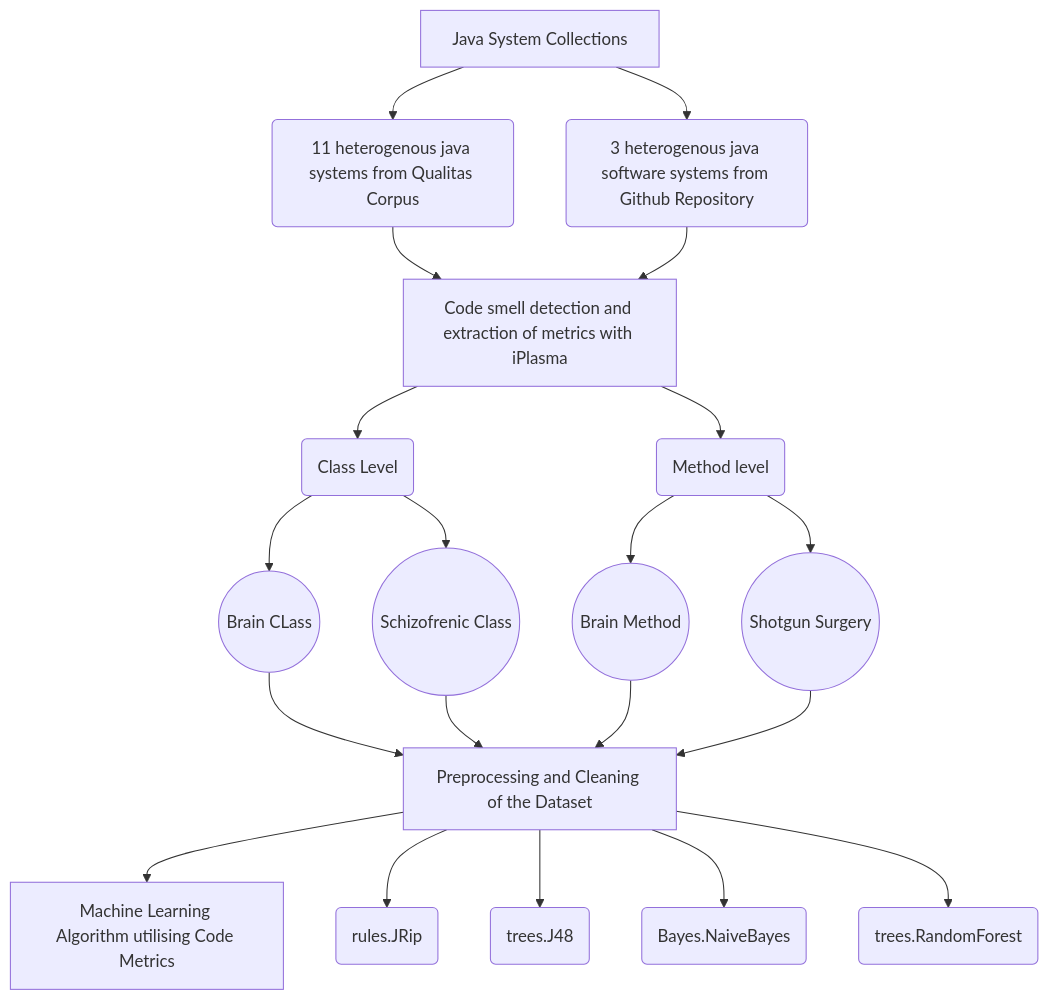
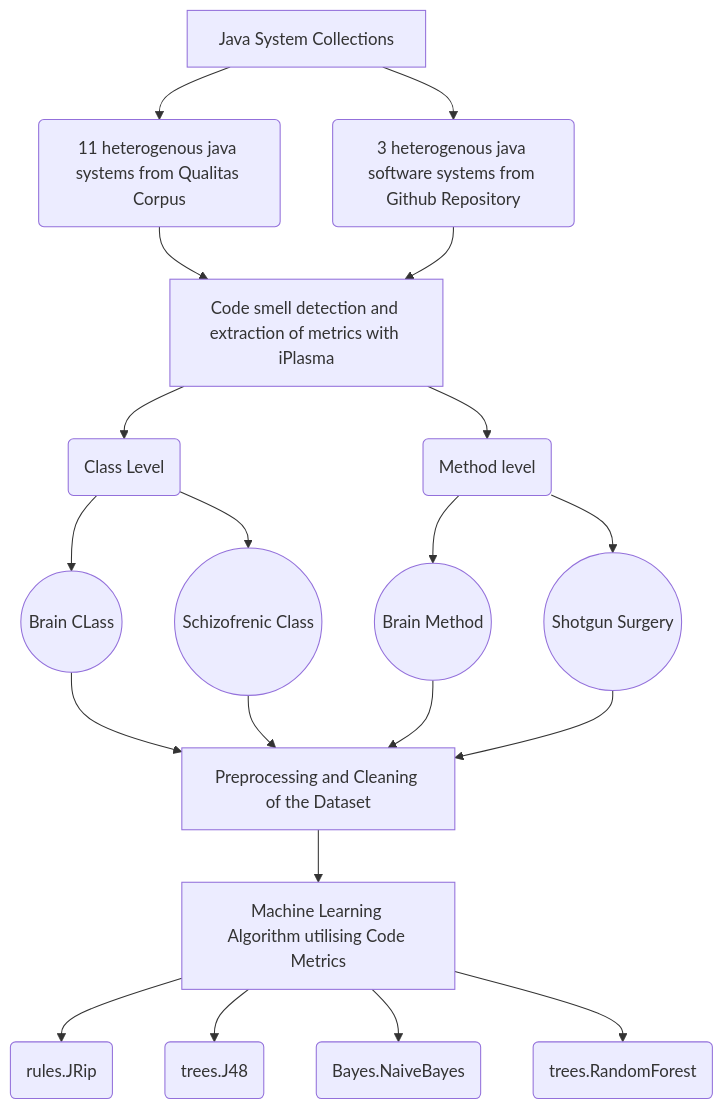
The diagram in README.md (abhilashaojha/CodeSmells), drawn with Mermaid before and after one commit.

````diff
--- a/README.md
+++ b/README.md
@@ -27,22 +27,22 @@
 ```mermaid
 graph TD;
     A[Java System Collections]-->B(11 heterogenous java systems from Qualitas Corpus);
     A[Java System Collections]-->C(3 heterogenous java software systems from Github Repository);
     B-->D;
     C-->D;
     D[Code smell detection and extraction of metrics with iPlasma]-->E(Class Level);
     D[Code smell detection and extraction of metrics with iPlasma]-->F(Method level);
     E-->G((Brain CLass));
     E-->H((Schizofrenic Class));
     F-->I((Brain Method));
     F-->J((Shotgun Surgery));
     G-->K[Preprocessing and Cleaning of the Dataset];
     H-->K;
     I-->K;
     J-->K;
     K-->L[Machine Learning Algorithm utilising Code Metrics];
-    K-->M(rules.JRip);
-    K-->N(trees.J48);
-    K-->O(Bayes.NaiveBayes);
-    K-->P(trees.RandomForest);
+    L-->M(rules.JRip);
+    L-->N(trees.J48);
+    L-->O(Bayes.NaiveBayes);
+    L-->P(trees.RandomForest);
  ```
````
